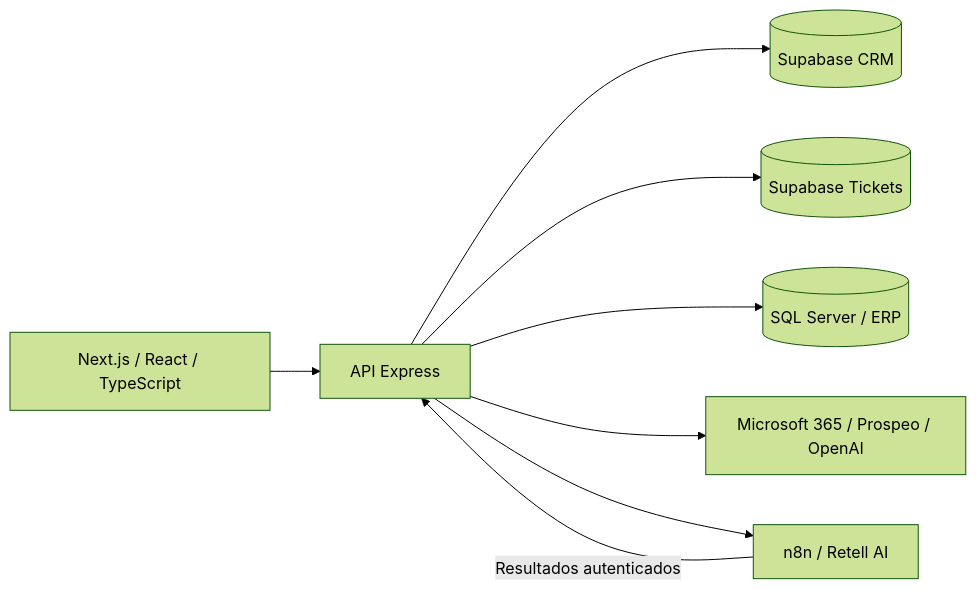
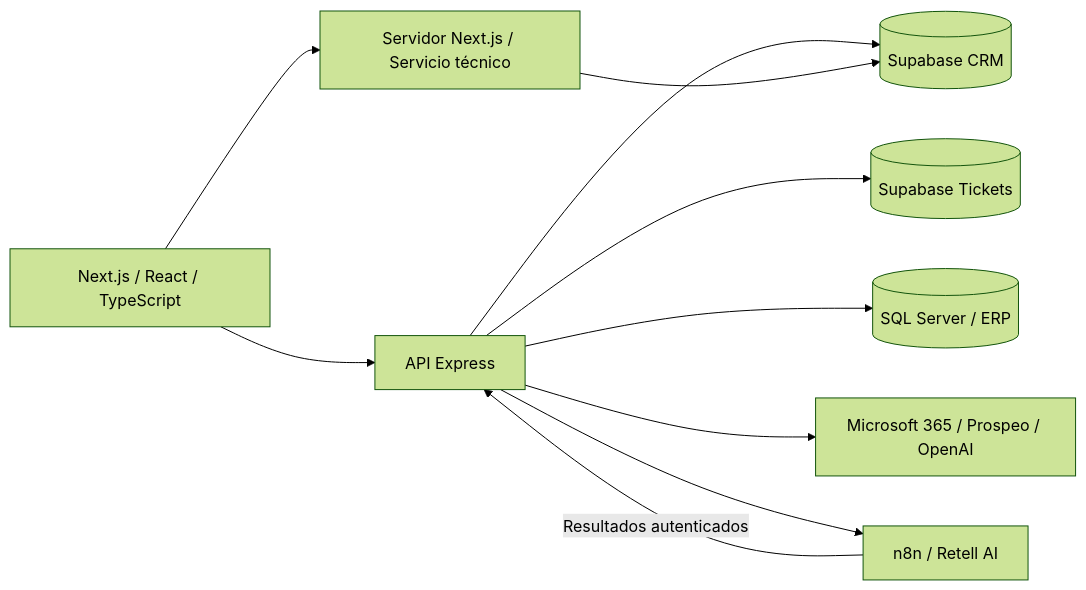
One commit to SantiagoAR7/crm-comercial-ia changed the diagram in README.md. Above: the diagram before and after it, drawn with Mermaid (forest theme). The commit also changed other lines of this file and 7 other files, not shown here.

````diff
--- a/README.md
+++ b/README.md
@@ -34,10 +53,12 @@
 ```mermaid
 flowchart LR
     Browser[Next.js / React / TypeScript] --> API[API Express]
     API --> CRM[(Supabase CRM)]
+    Browser --> Server[Servidor Next.js / Servicio técnico]
+    Server --> CRM
     API --> Tickets[(Supabase Tickets)]
     API --> ERP[(SQL Server / ERP)]
     API --> Providers[Microsoft 365 / Prospeo / OpenAI]
     API --> N8N[n8n / Retell AI]
     N8N -->|Resultados autenticados| API
 ```
````
